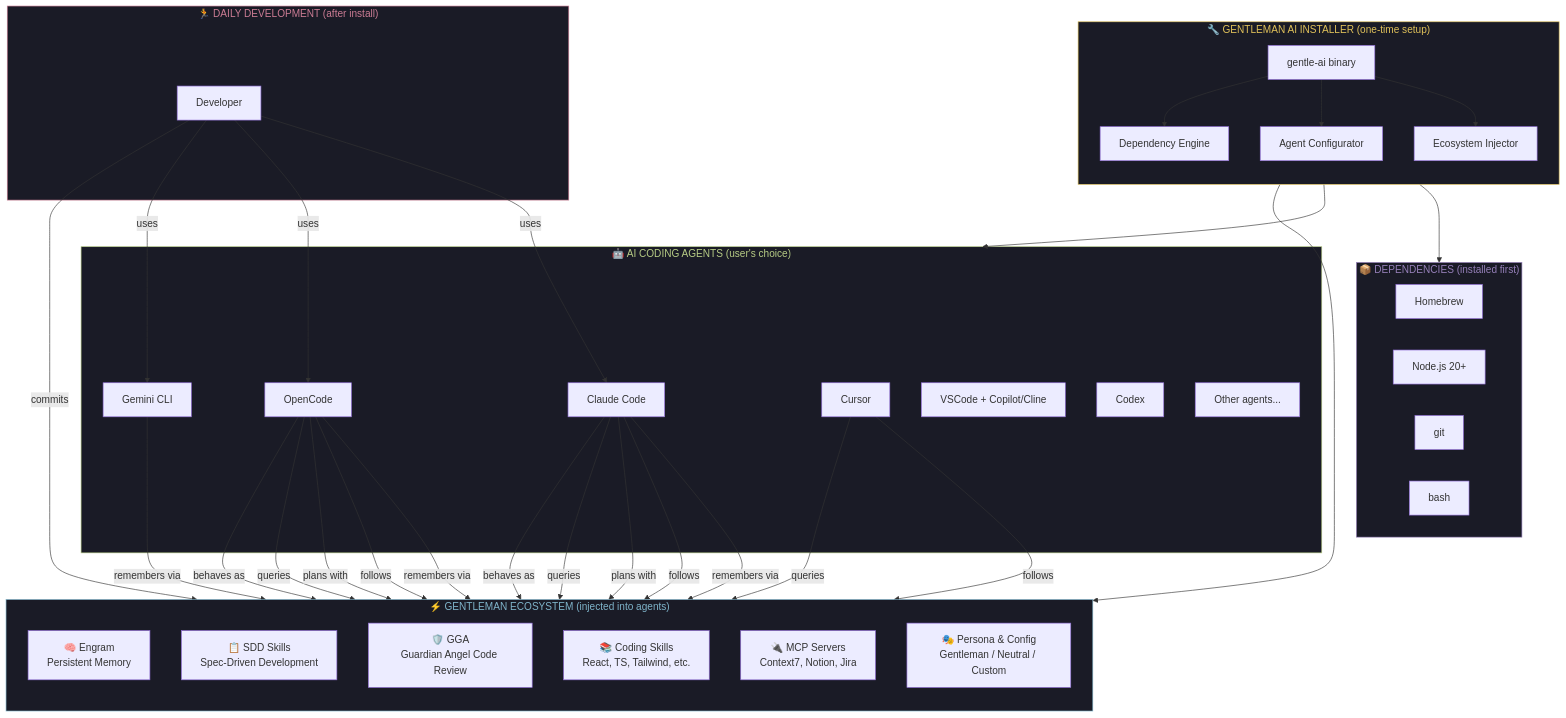
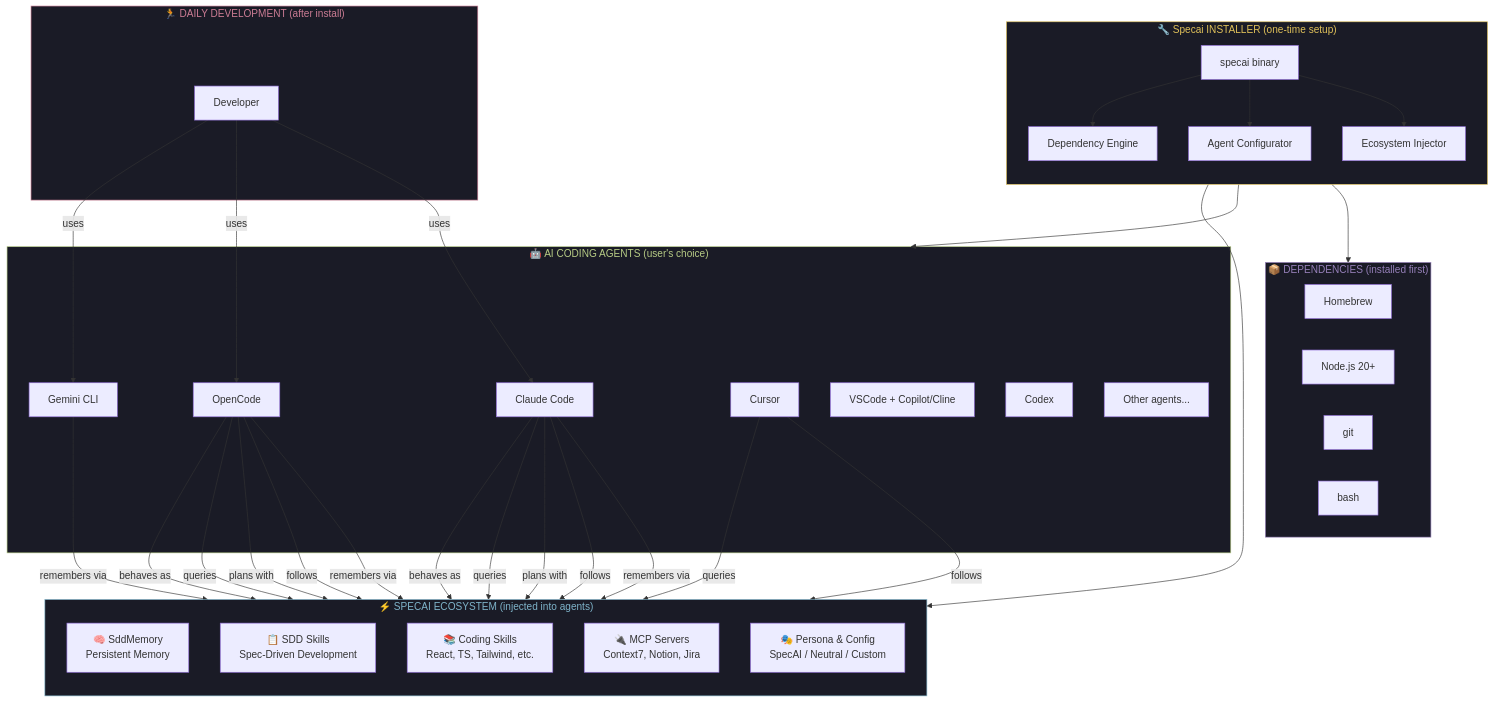
Before and after one commit to KevG1t/SpecAI: the first of 7 diagrams in PRD.md, drawn with Mermaid. The commit also changed other lines of this file and 475 other files, not shown here.

````diff
--- a/PRD.md
+++ b/PRD.md
@@ -580,74 +538,72 @@
 ```mermaid
 graph TB
-    subgraph INSTALLER["🔧 GENTLEMAN AI INSTALLER (one-time setup)"]
+    subgraph INSTALLER["🔧 Specai INSTALLER (one-time setup)"]
         direction TB
-        GAI[gentle-ai binary]
+        GAI[specai binary]
         GAI --> DEP_ENGINE[Dependency Engine]
         GAI --> AGENT_ENGINE[Agent Configurator]
         GAI --> ECO_ENGINE[Ecosystem Injector]
     end
 
     subgraph DEPS["📦 DEPENDENCIES (installed first)"]
         BREW[Homebrew]
         NODE[Node.js 20+]
         GIT[git]
         BASH_DEP[bash]
     end
 
     subgraph AGENTS["🤖 AI CODING AGENTS (user's choice)"]
         CC[Claude Code]
         OC[OpenCode]
         GEM[Gemini CLI]
         CUR[Cursor]
         VSC[VSCode + Copilot/Cline]
         CDX[Codex]
         OTHER[Other agents...]
     end
 
-    subgraph ECOSYSTEM["⚡ GENTLEMAN ECOSYSTEM (injected into agents)"]
+    subgraph ECOSYSTEM["⚡ SPECAI ECOSYSTEM (injected into agents)"]
         direction TB
-        ENGRAM[🧠 Engram<br/>Persistent Memory]
+        SDD-MEMORY[🧠 SddMemory<br/>Persistent Memory]
         SDD[📋 SDD Skills<br/>Spec-Driven Development]
-        GGA_COMP[🛡️ GGA<br/>Guardian Angel Code Review]
         SKILLS[📚 Coding Skills<br/>React, TS, Tailwind, etc.]
         MCP[🔌 MCP Servers<br/>Context7, Notion, Jira]
-        PERSONA[🎭 Persona & Config<br/>Gentleman / Neutral / Custom]
+        PERSONA[🎭 Persona & Config<br/>SpecAI / Neutral / Custom]
     end
 
     subgraph RUNTIME["🏃 DAILY DEVELOPMENT (after install)"]
         DEV[Developer]
     end
 
     DEP_ENGINE --> DEPS
     AGENT_ENGINE --> AGENTS
     ECO_ENGINE --> ECOSYSTEM
 
     DEV -->|uses| CC
     DEV -->|uses| OC
     DEV -->|uses| GEM
-    DEV -->|commits| GGA_COMP
 
-    CC -->|remembers via| ENGRAM
-    OC -->|remembers via| ENGRAM
-    GEM -->|remembers via| ENGRAM
+    CC -->|remembers via| SDD-MEMORY
+    OC -->|remembers via| SDD-MEMORY
+    GEM -->|remembers via| SDD-MEMORY
 
     CC -->|follows| SKILLS
     OC -->|follows| SKILLS
     CUR -->|follows| SKILLS
 
     CC -->|plans with| SDD
     OC -->|plans with| SDD
 
     CC -->|queries| MCP
     OC -->|queries| MCP
     CUR -->|queries| MCP
 
     CC -->|behaves as| PERSONA
     OC -->|behaves as| PERSONA
 
     style INSTALLER fill:#1a1b26,stroke:#E0C15A,color:#E0C15A
     style ECOSYSTEM fill:#1a1b26,stroke:#7FB4CA,color:#7FB4CA
     style AGENTS fill:#1a1b26,stroke:#B7CC85,color:#B7CC85
     style DEPS fill:#1a1b26,stroke:#957FB8,color:#957FB8
     style RUNTIME fill:#1a1b26,stroke:#CB7C94,color:#CB7C94
 ```
````
